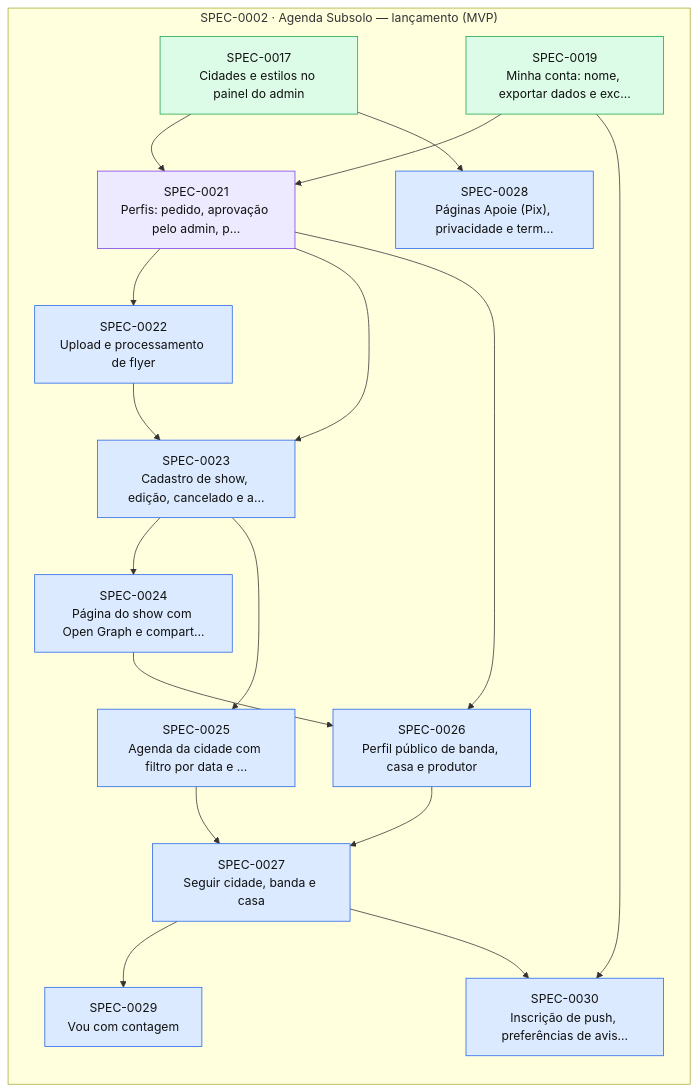
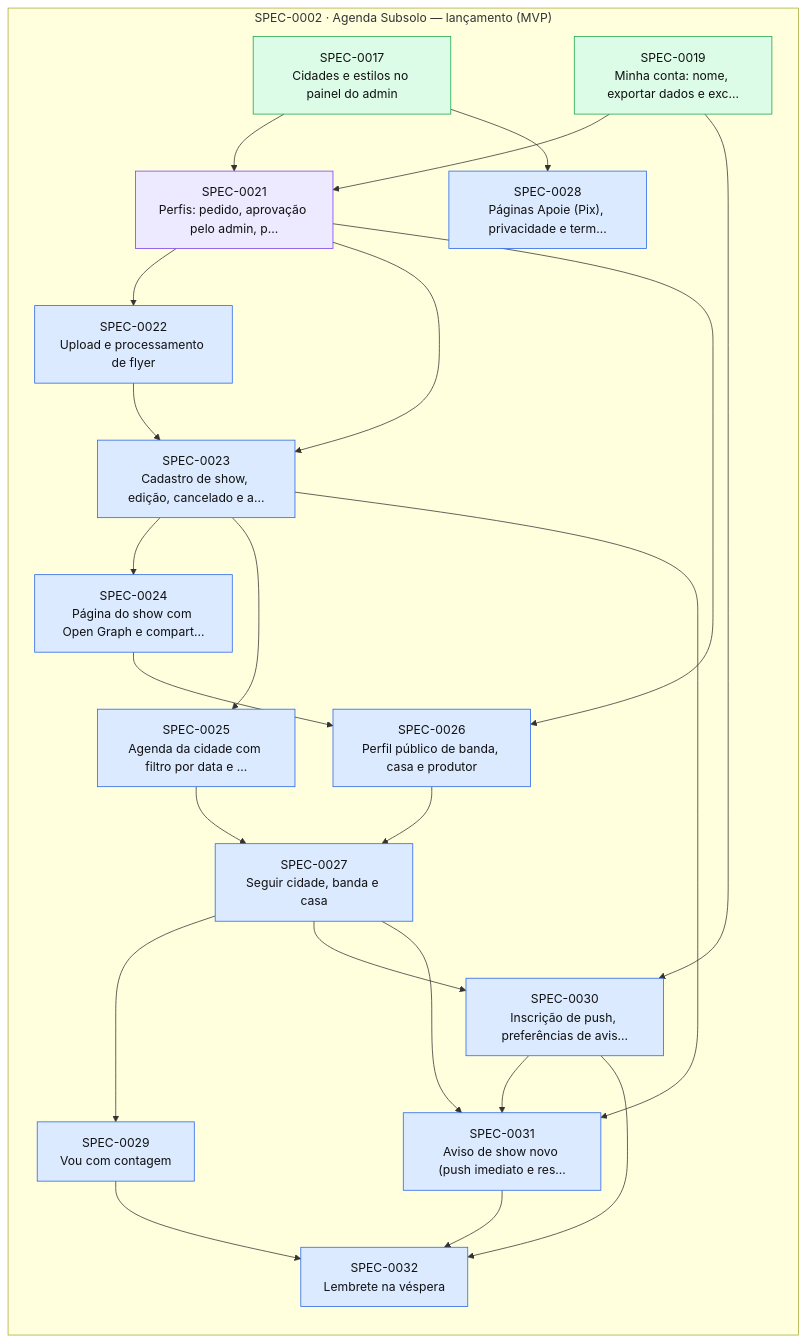
Before and after one commit to thomasravache/subsolo: the diagram in docs/specs/INDEX.md, drawn with Mermaid. The commit also changed other lines of this file and 3 other files, not shown here.

First line of the commit message:
docs(sdd): add, approve and plan SPEC-0031 (new show notice) and SPEC-0032 (day-before reminder) under the standing autopilot

````diff
--- a/docs/specs/INDEX.md
+++ b/docs/specs/INDEX.md
@@ -74,37 +76,45 @@
 ```mermaid
 flowchart LR
   subgraph E0002["SPEC-0002 · Agenda Subsolo — lançamento (MVP)"]
     S0017["SPEC-0017<br/>Cidades e estilos no painel do admin"]:::implemented
     S0019["SPEC-0019<br/>Minha conta: nome, exportar dados e exc…"]:::implemented
     S0021["SPEC-0021<br/>Perfis: pedido, aprovação pelo admin, p…"]:::inprogress
     S0022["SPEC-0022<br/>Upload e processamento de flyer"]:::approved
     S0023["SPEC-0023<br/>Cadastro de show, edição, cancelado e a…"]:::approved
     S0024["SPEC-0024<br/>Página do show com Open Graph e compart…"]:::approved
     S0025["SPEC-0025<br/>Agenda da cidade com filtro por data e …"]:::approved
     S0026["SPEC-0026<br/>Perfil público de banda, casa e produtor"]:::approved
     S0027["SPEC-0027<br/>Seguir cidade, banda e casa"]:::approved
     S0028["SPEC-0028<br/>Páginas Apoie (Pix), privacidade e term…"]:::approved
     S0029["SPEC-0029<br/>Vou com contagem"]:::approved
     S0030["SPEC-0030<br/>Inscrição de push, preferências de avis…"]:::approved
+    S0031["SPEC-0031<br/>Aviso de show novo (push imediato e res…"]:::approved
+    S0032["SPEC-0032<br/>Lembrete na véspera"]:::approved
   end
   S0017 --> S0021
   S0019 --> S0021
   S0021 --> S0022
   S0021 --> S0023
   S0022 --> S0023
   S0023 --> S0024
   S0023 --> S0025
   S0021 --> S0026
   S0024 --> S0026
   S0025 --> S0027
   S0026 --> S0027
   S0017 --> S0028
   S0027 --> S0029
   S0019 --> S0030
   S0027 --> S0030
+  S0023 --> S0031
+  S0027 --> S0031
+  S0030 --> S0031
+  S0029 --> S0032
+  S0030 --> S0032
+  S0031 --> S0032
   classDef proposed fill:#fef3c7,stroke:#d97706,color:#111
   classDef approved fill:#dbeafe,stroke:#2563eb,color:#111
   classDef inprogress fill:#ede9fe,stroke:#7c3aed,color:#111
   classDef implemented fill:#dcfce7,stroke:#16a34a,color:#111
   classDef deprecated fill:#f3f4f6,stroke:#9ca3af,color:#6b7280
 ```
````
